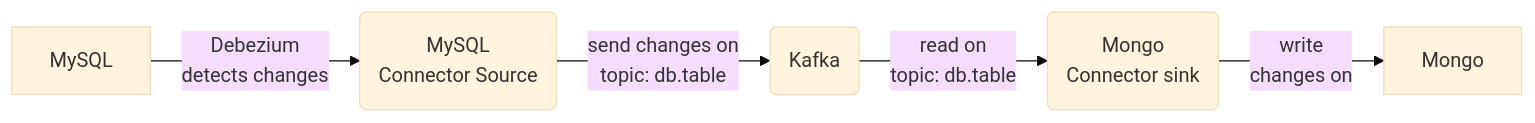
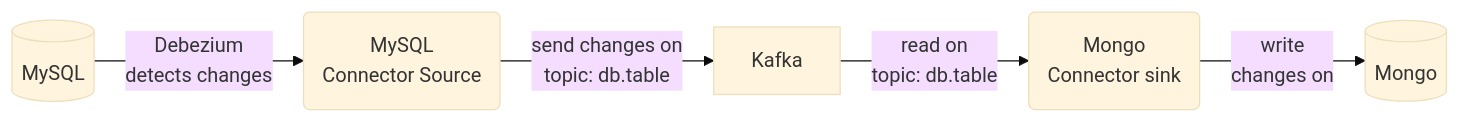
The diagram in _posts/2022/2022-11-07-Database-sync-with-debezium.md (sylhare/sylhare.github.io), drawn with Mermaid (base theme) before and after one commit. The commit also changed other lines of this file, not shown here.

Commit message:
Update debezium article

```diff
--- a/_posts/2022/2022-11-07-Database-sync-with-debezium.md
+++ b/_posts/2022/2022-11-07-Database-sync-with-debezium.md
@@ -57,7 +57,7 @@
 <div class="mermaid">
-graph LR
-    MySQL -->|Debezium <br>detects changes| DC(MySQL <br>Connector Source)
-    DC -->|send changes on<br>topic: db.table| K(Kafka)
+flowchart LR
+    MySQL[(MySQL)] -->|Debezium <br>detects changes| DC(MySQL <br>Connector Source)
+    DC -->|send changes on<br>topic: db.table| K[Kafka]
     K -->|read on <br>topic: db.table| MS(Mongo <br>Connector sink)
-    MS -->|write <br>changes on| Mongo
+    MS -->|write <br>changes on| M[(Mongo)]
 </div>
```
